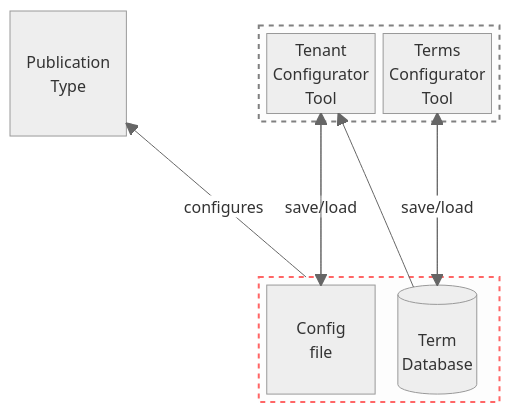
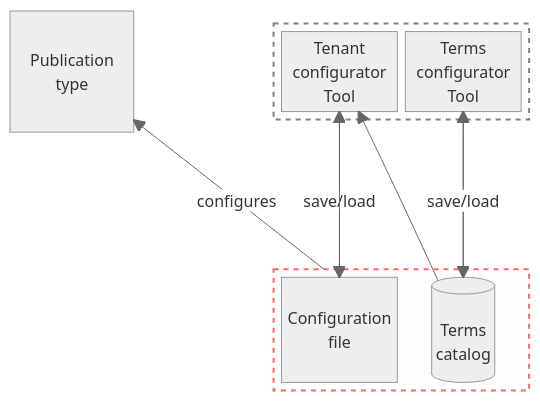
One commit to officialgazette/publication-configuration-server changed the diagram in README.md. Above: the diagram before and after it, drawn with Mermaid. The commit also changed other lines of this file, not shown here.

````diff
--- a/README.md
+++ b/README.md
@@ -5,42 +5,42 @@
 ```mermaid
 
 %%{
   init: {
     'theme': 'neutral'
   }
 }%%
 
 block-beta
 columns 4
   pubType["Publication
-Type"] space
+type"] space
 block:scope:2
 configTool["Tenant
-Configurator
+configurator
 Tool"]
 termsConfig["Terms
-Configurator
+configurator
 Tool"]
 end
 space:6
 block:outOfScope:2
-Config["Config
+Config["Configuration
 file"]
 termDB[("
-Term
-Database")]
+Terms
+catalog")]
 end
 
 
 Config--"save/load"-->configTool
 configTool-->Config
 termDB-->configTool
 outOfScope--"configures"-->pubType
 termsConfig-->termDB
 termDB--"save/load"-->termsConfig
 
 
 
 style outOfScope stroke:#f66,stroke-width:2px,color:#fff,stroke-dasharray: 5 5
 style scope stroke:grey,stroke-width:2px,color:#fff,stroke-dasharray: 5 5
 ```
````
